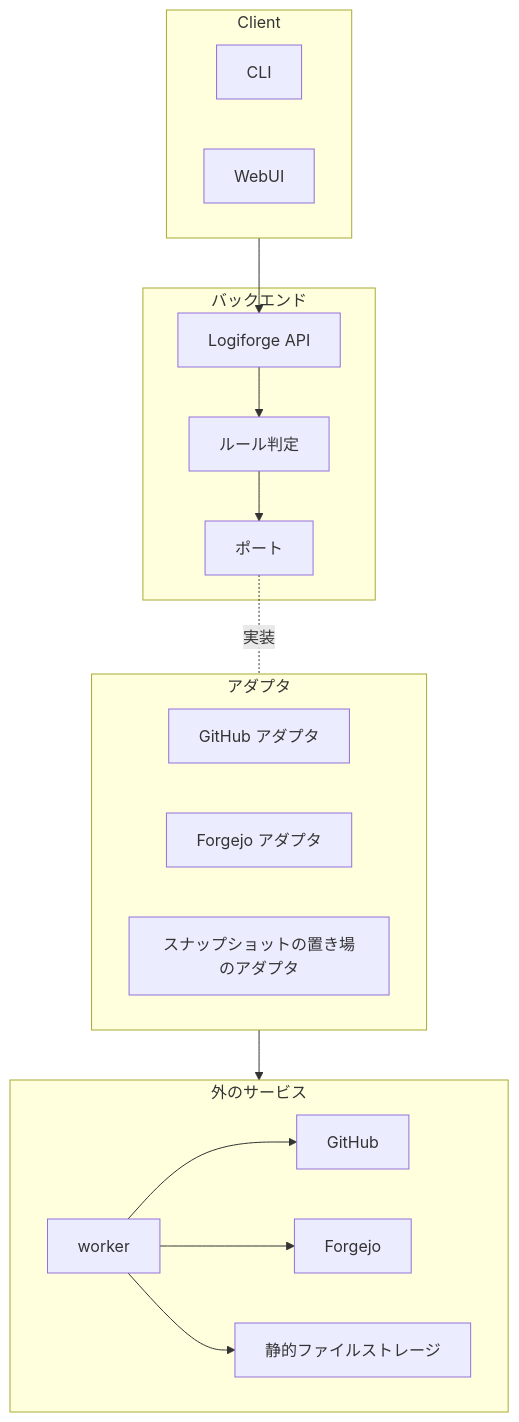
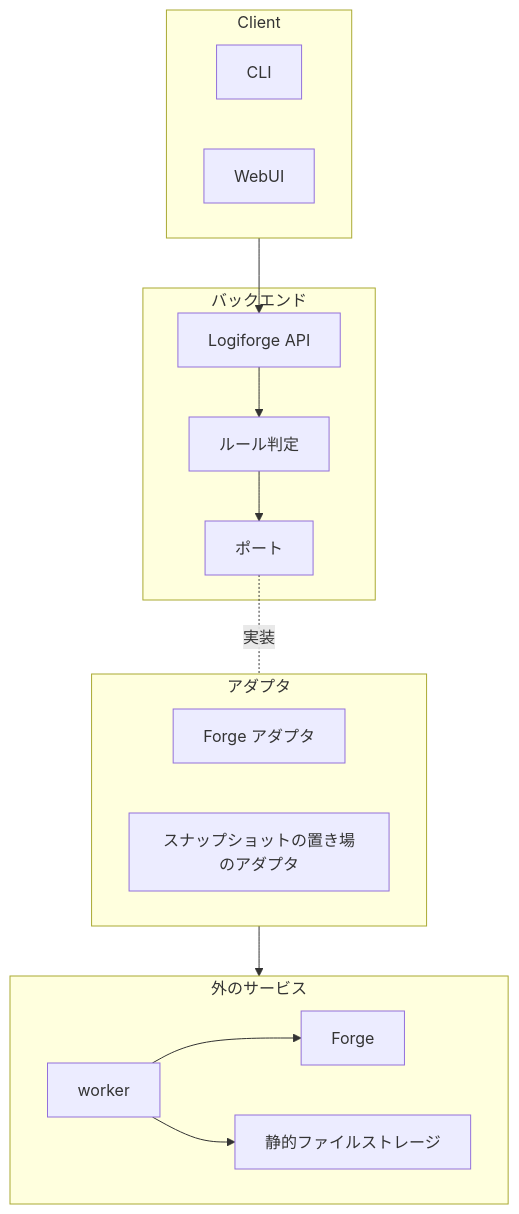
Before and after one commit to yamambainc/logiforge: the diagram in design/architecture.md, drawn with Mermaid. The commit also changed other lines of this file and 43 other files, not shown here.

First line of the commit message:
design, docs: GitHub と Forgejo を、アダプタの外では Forge として書いた

````diff
--- a/design/architecture.md
+++ b/design/architecture.md
@@ -8,31 +8,28 @@
 ```mermaid
 flowchart TB
   subgraph CL["Client"]
     CLI["CLI"]
     WEB["WebUI"]
   end
   subgraph BE["バックエンド"]
     API["Logiforge API"]
     RULE["ルール判定"]
     PT["ポート"]
   end
   subgraph AD["アダプタ"]
-    GHA["GitHub アダプタ"]
-    NFA["Forgejo アダプタ"]
+    FA["Forge アダプタ"]
     SSA["スナップショットの置き場のアダプタ"]
   end
   subgraph EX["外のサービス"]
     W["worker"]
-    GH["GitHub"]
-    NF["Forgejo"]
+    FG["Forge"]
     OBJ["静的ファイルストレージ"]
   end
   CL --> API
   API --> RULE
   RULE --> PT
   PT -.-|実装| AD
   AD --> EX
-  W --> GH
-  W --> NF
+  W --> FG
   W --> OBJ
 ```
````
